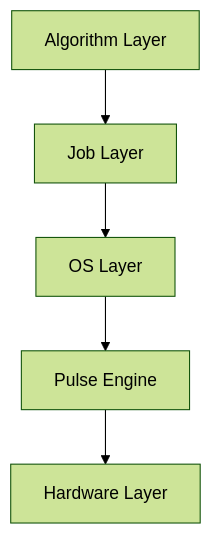
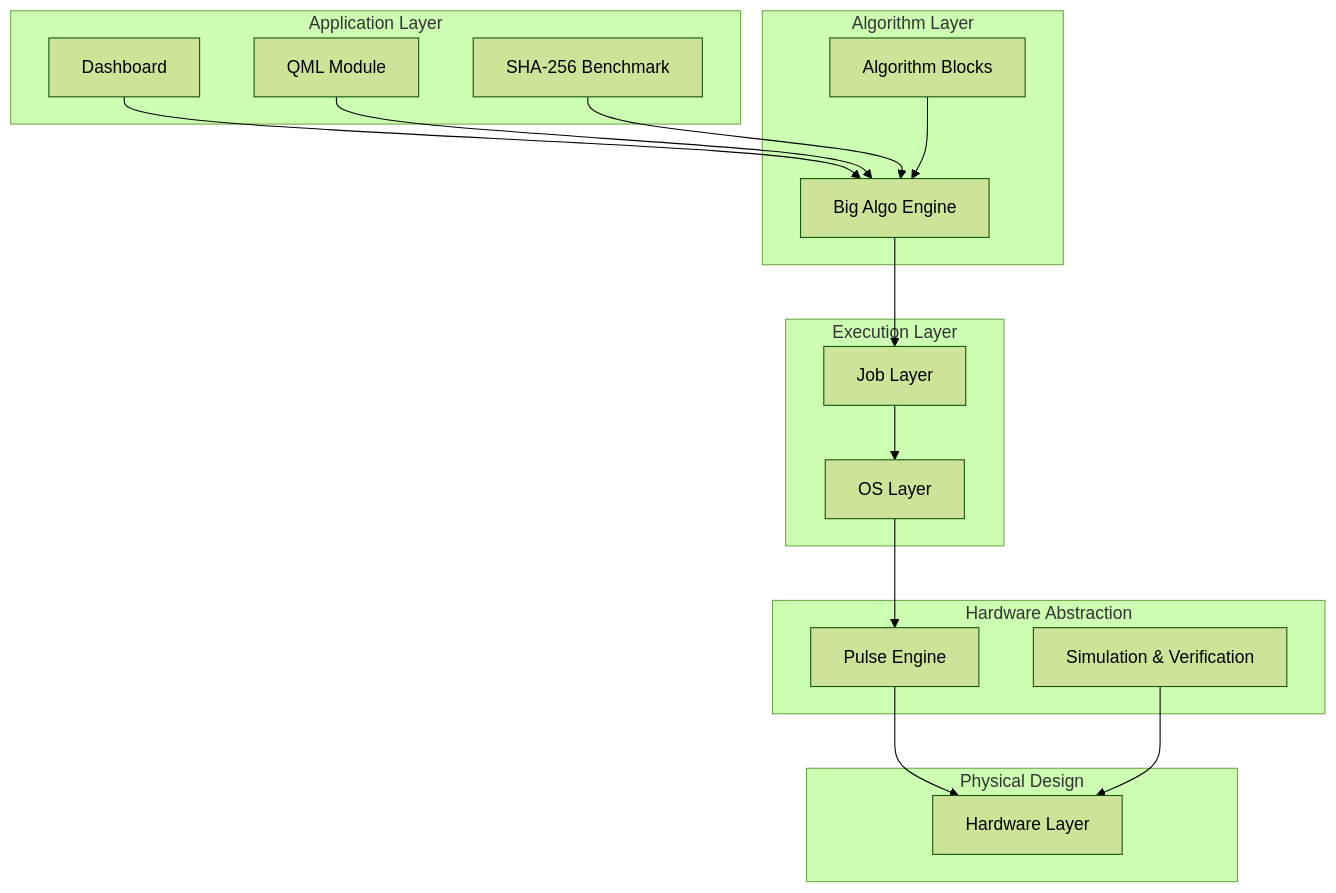
The diagram in docs/architecture.md (BOCK-AI/BockQSC1090), drawn with Mermaid (forest theme) before and after one commit. The commit also changed other lines of this file and 38 other files, not shown here.

````diff
--- a/docs/architecture.md
+++ b/docs/architecture.md
@@ -11,7 +7,40 @@
 ```mermaid
 graph TD
-    A[Algorithm Layer] --> J[Job Layer]
-    J --> O[OS Layer]
-    O --> P[Pulse Engine]
-    P --> H[Hardware Layer]
+    subgraph Application Layer
+        D[Dashboard]
+        QML[QML Module]
+        SHA[SHA-256 Benchmark]
+    end
+
+    subgraph Algorithm Layer
+        BAE[Big Algo Engine]
+        AB[Algorithm Blocks]
+    end
+
+    subgraph Execution Layer
+        J[Job Layer]
+        O[OS Layer]
+    end
+
+    subgraph Hardware Abstraction
+        P[Pulse Engine]
+        S[Simulation & Verification]
+    end
+
+    subgraph Physical Design
+        H[Hardware Layer]
+    end
+
+    D --> BAE
+    QML --> BAE
+    SHA --> BAE
+    
+    BAE --> J
+    AB --> BAE
+    
+    J --> O
+    O --> P
+    
+    P --> H
+    S --> H
 ```
````
